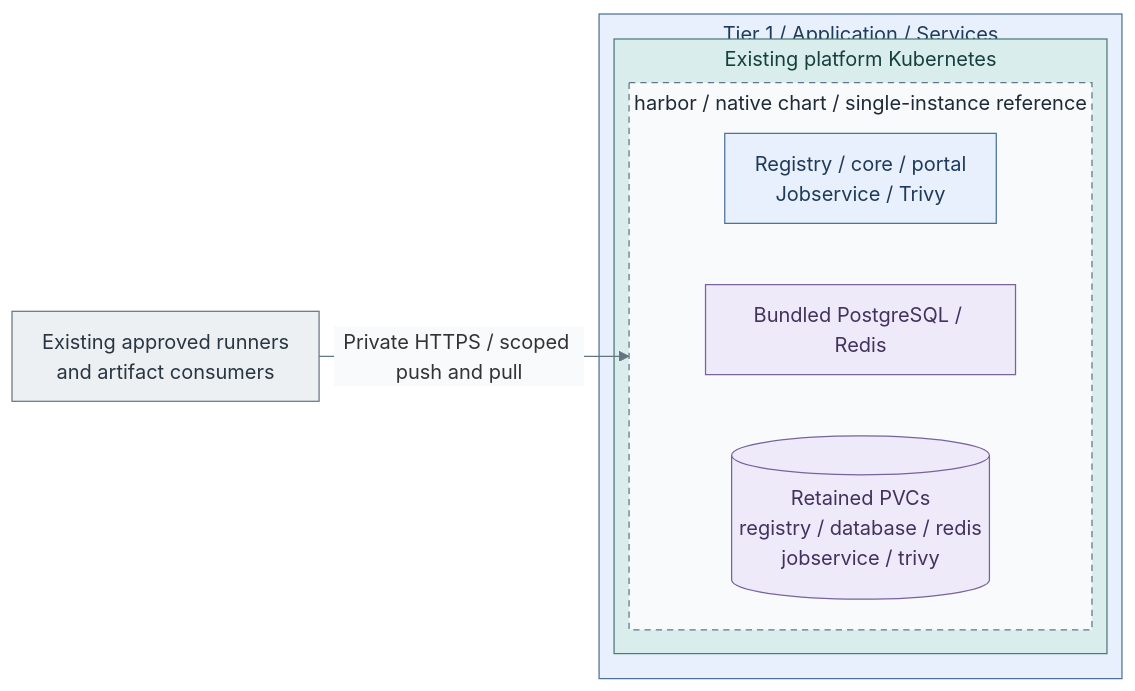
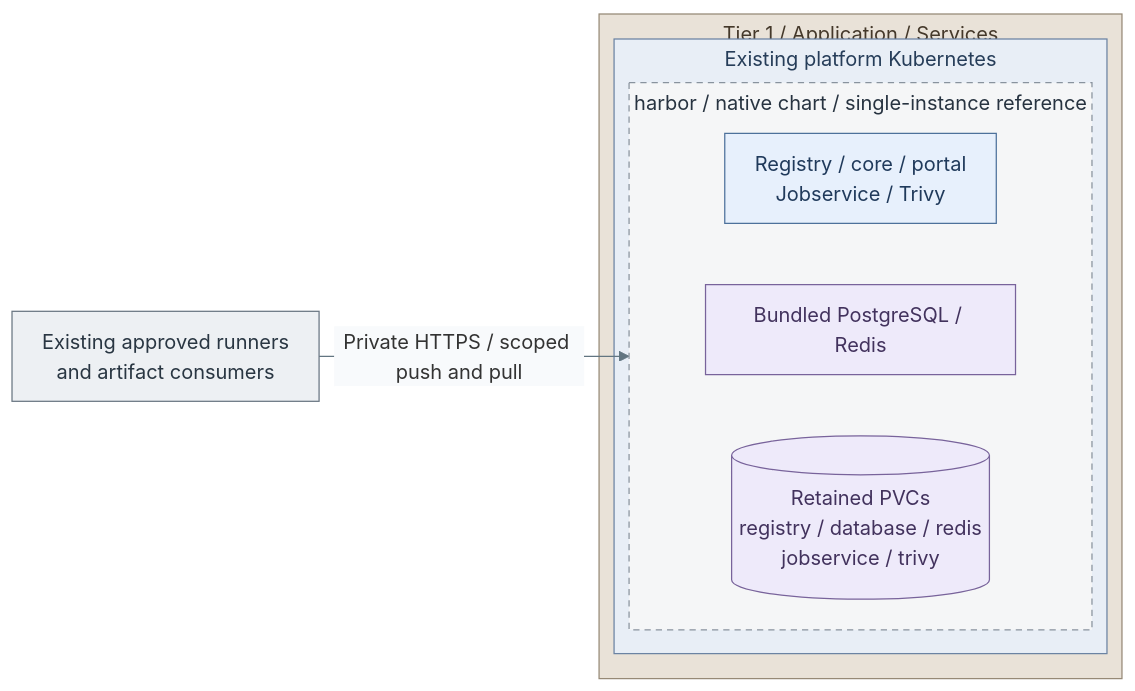
Before and after one commit to Rexus/homelab: the diagram in docs/03-deployment/stage-7-delivery/procedures/registry.md, drawn with Mermaid. The commit also changed 108 other files, not shown here.

Commit message:
docs(diagrams): unify visual language and opening views

````diff
--- a/docs/03-deployment/stage-7-delivery/procedures/registry.md
+++ b/docs/03-deployment/stage-7-delivery/procedures/registry.md
@@ -14,29 +14,32 @@
 ```mermaid
 %%{init: {"theme":"base","flowchart":{"nodeSpacing":18,"rankSpacing":24,"padding":12,"subGraphTitleMargin":{"top":4,"bottom":12}},"themeVariables":{"lineColor":"#627581","edgeLabelBackground":"#f8fafc"}}}%%
 flowchart LR
   Clients["Existing approved runners<br/>and artifact consumers"]
   subgraph T1["Tier 1 / Application / Services"]
     subgraph Cluster["Existing platform Kubernetes"]
       subgraph Release["harbor / native chart / single-instance reference"]
         direction TB
         Services["Registry / core / portal<br/>Jobservice / Trivy"]
         Database["Bundled PostgreSQL / Redis"]
         Volumes[("Retained PVCs<br/>registry / database / redis<br/>jobservice / trivy")]
         Services ~~~ Database
         Database ~~~ Volumes
       end
     end
   end
   Clients -->|Private HTTPS / scoped push and pull| Release
   classDef default fill:#f8fafc,stroke:#64748b,color:#1f2937
   classDef actor fill:#edf0f3,stroke:#697682,color:#293642
   classDef services fill:#e7f0fc,stroke:#4d719b,color:#203a5b
   classDef runtime fill:#d9eeec,stroke:#4d7b77,color:#173f3e
-  classDef replicas fill:#f8fafc,stroke:#64748b,color:#1f2937,stroke-dasharray:5 4
+  classDef replicas fill:#f5f6f7,stroke:#89939e,color:#273340,stroke-dasharray:5 4
   classDef data fill:#eeeafa,stroke:#78639b,color:#42325d
   class Clients actor
-  class T1,Services services
-  class Cluster runtime
+  class Services services
   class Release replicas
   class Database,Volumes data
+  classDef kubernetes fill:#e8eef6,stroke:#6b83a3,color:#263d59
+  class Cluster kubernetes
+  classDef tier1 fill:#e9e2d8,stroke:#968976,color:#44382a
+  class T1 tier1
 ```
````
